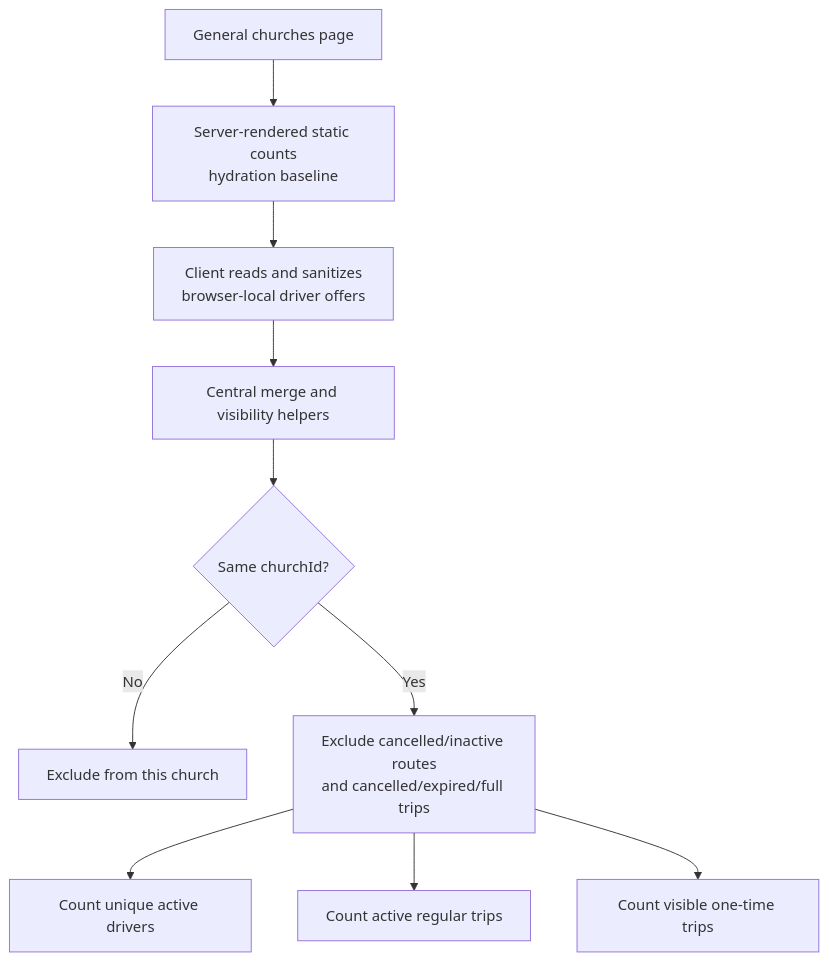
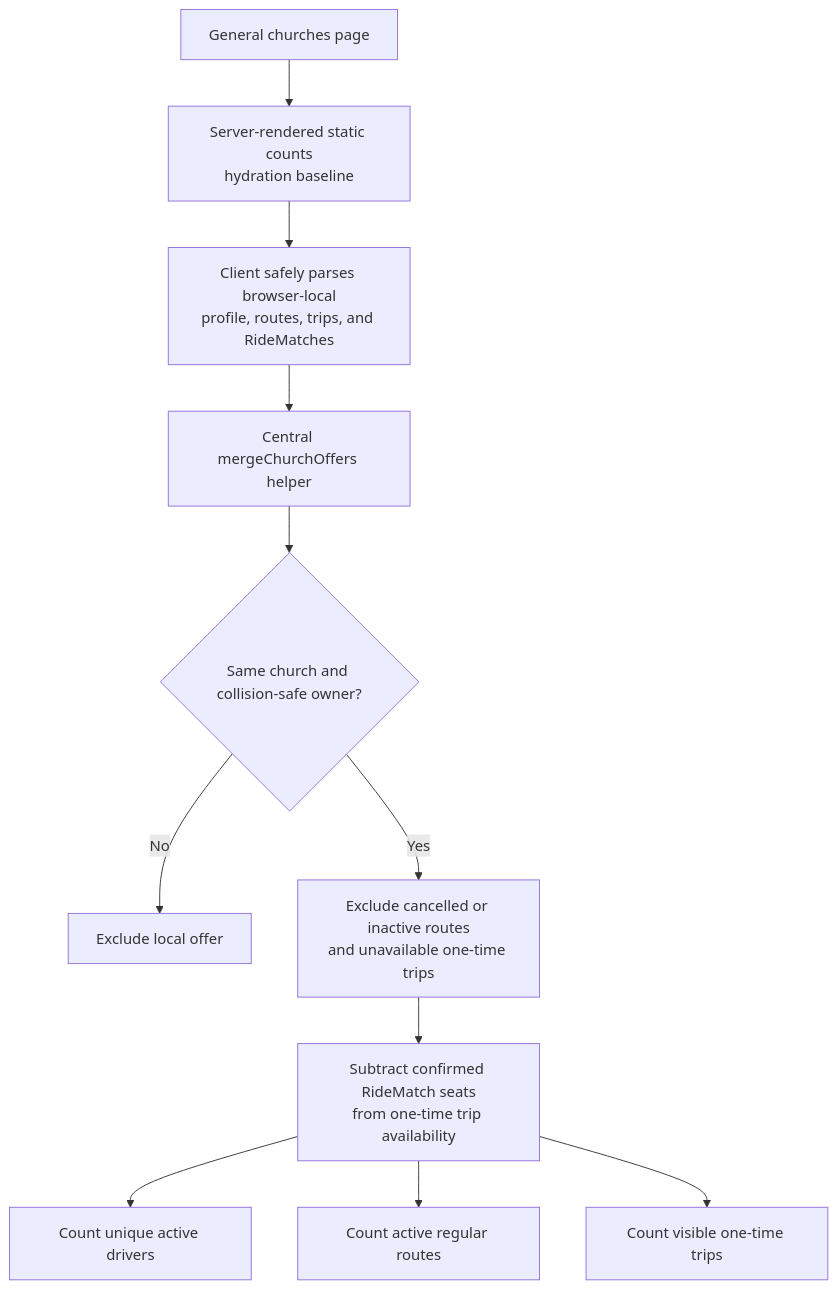
Before and after one commit to Agafanail/orthodox-routes: the second of 18 diagrams in docs/PROJECT_MAP.md, drawn with Mermaid. The commit also changed other lines of this file and 37 other files, not shown here.

Commit message:
Complete RideMatch confirmation flows

````diff
--- a/docs/PROJECT_MAP.md
+++ b/docs/PROJECT_MAP.md
@@ -111,12 +45,13 @@
 ```mermaid
 flowchart TD
     A["General churches page"] --> B["Server-rendered static counts<br/>hydration baseline"]
-    B --> C["Client reads and sanitizes<br/>browser-local driver offers"]
-    C --> D["Central merge and visibility helpers"]
-    D --> E{"Same churchId?"}
-    E -->|No| X["Exclude from this church"]
-    E -->|Yes| F["Exclude cancelled/inactive routes<br/>and cancelled/expired/full trips"]
-    F --> G["Count unique active drivers"]
-    F --> H["Count active regular trips"]
-    F --> I["Count visible one-time trips"]
+    B --> C["Client safely parses browser-local<br/>profile, routes, trips, and RideMatches"]
+    C --> D["Central mergeChurchOffers helper"]
+    D --> E{"Same church and collision-safe owner?"}
+    E -->|"No"| X["Exclude local offer"]
+    E -->|"Yes"| F["Exclude cancelled or inactive routes<br/>and unavailable one-time trips"]
+    F --> G["Subtract confirmed RideMatch seats<br/>from one-time trip availability"]
+    G --> H["Count unique active drivers"]
+    G --> I["Count active regular routes"]
+    G --> J["Count visible one-time trips"]
 ```
````
